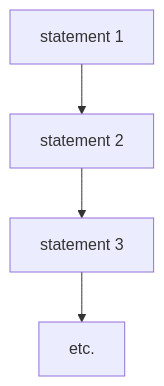
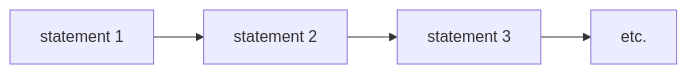
Before and after one commit to aphalo/r4p-blog: the first of 8 diagrams in pages/r-flow-execution.qmd, drawn with Mermaid. The commit also changed other lines of this file and 52 other files, not shown here.

Commit message:
r-flow-exec edited and site rebuilt

````diff
--- a/pages/r-flow-execution.qmd
+++ b/pages/r-flow-execution.qmd
@@ -10,4 +15,5 @@
 ```{mermaid}
-flowchart TB
-  st1[statement 1] --> st2[statement 2] --> st3[statement 3] --> etc.  
+flowchart LR
+  st1[statement 1] --> st2[statement 2] --> st3[statement 3] --> st4[etc.]
+
 ```
````
